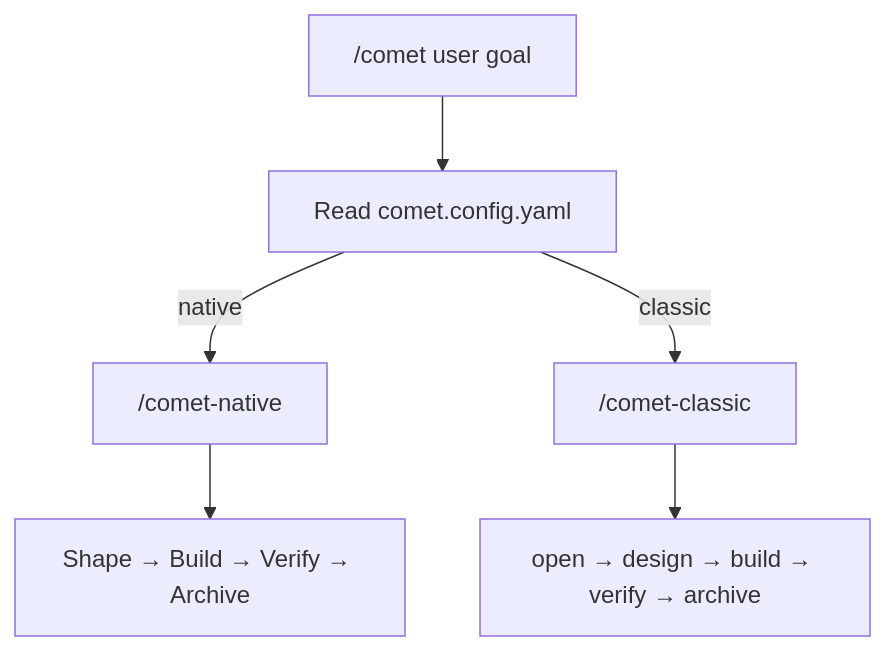
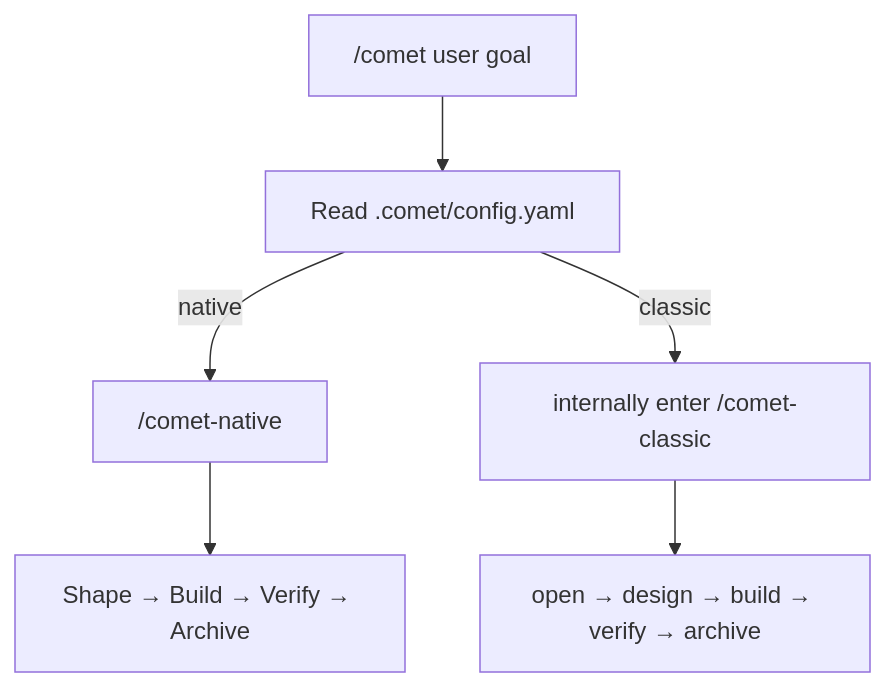
The diagram in en/quickstart.mdx (rpamis/comet-website-docs), drawn with Mermaid before and after one commit. The commit also changed other lines of this file and 85 other files, not shown here.

````diff
--- a/en/quickstart.mdx
+++ b/en/quickstart.mdx
@@ -68,8 +69,8 @@
 ```mermaid
 flowchart TD
-  A["/comet user goal"] --> B["Read comet.config.yaml"]
+  A["/comet user goal"] --> B["Read .comet/config.yaml"]
   B -->|native| N["/comet-native"]
-  B -->|classic| C["/comet-classic"]
+  B -->|classic| C["internally enter /comet-classic"]
   N --> NS["Shape → Build → Verify → Archive"]
   C --> CS["open → design → build → verify → archive"]
 ```
````
